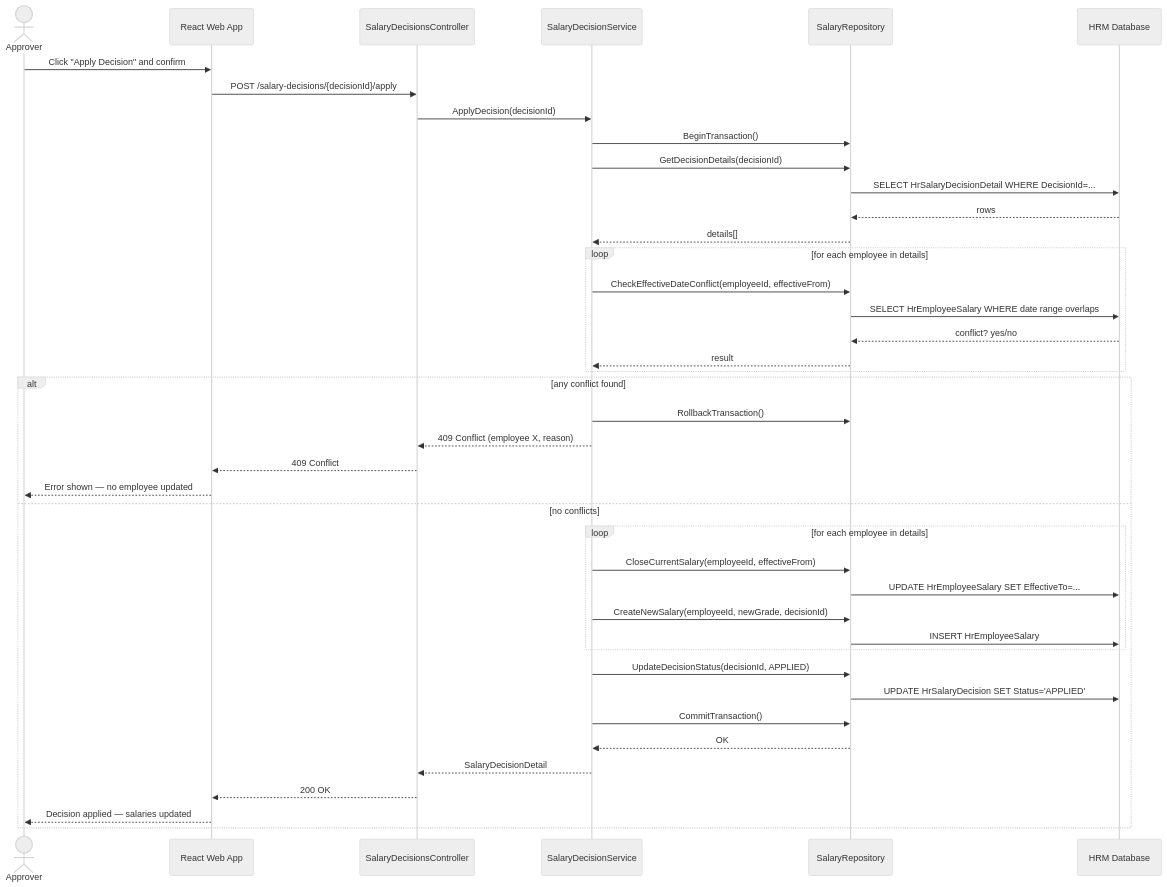
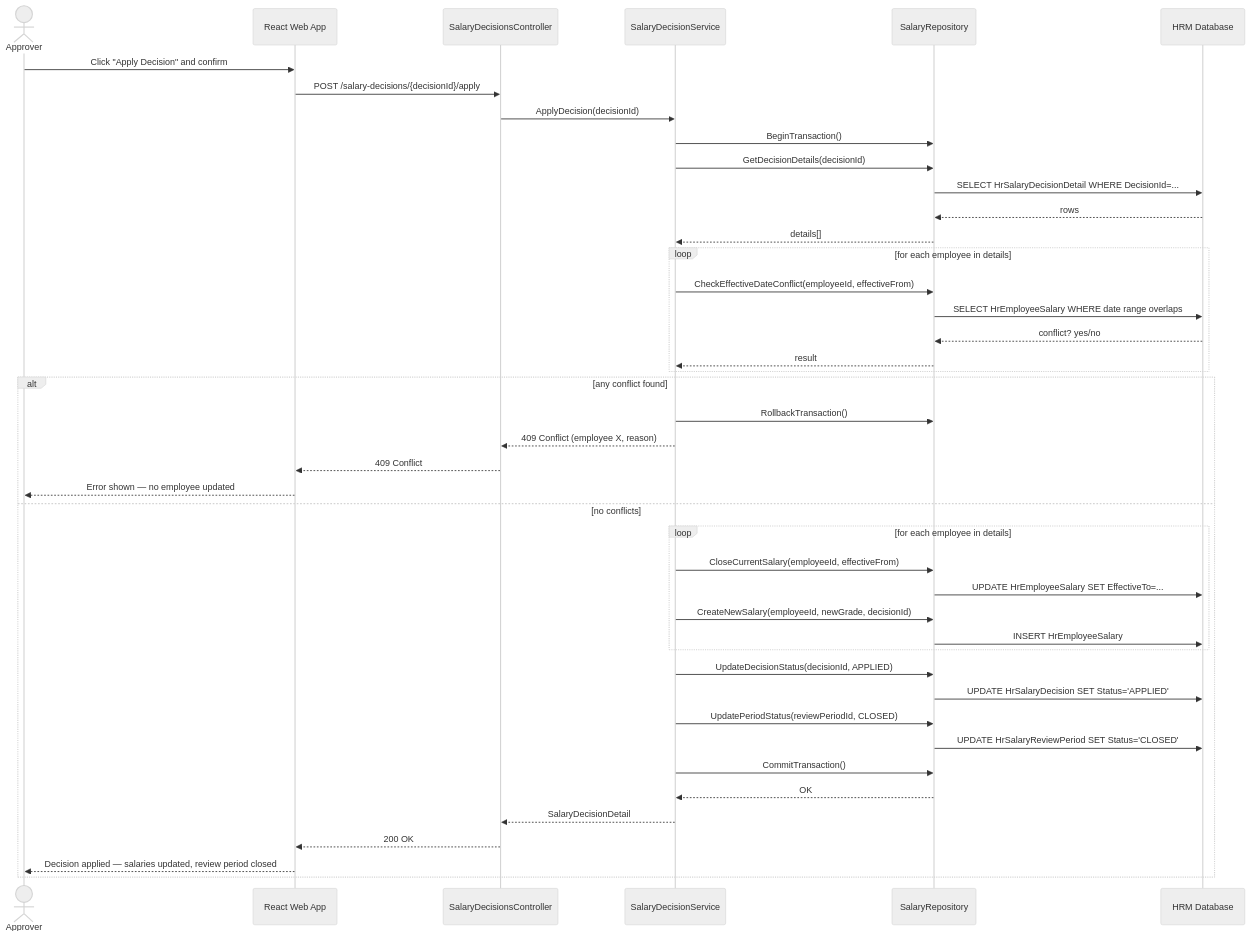
Before and after one commit to sang2197/QuanLyNhanSu-NguyenVanSang: the third of 7 diagrams in Docs/DetailedDesign/SequenceDiagrams.md, drawn with Mermaid (neutral theme). The commit also changed other lines of this file and 20 other files, not shown here.

````diff
--- a/Docs/DetailedDesign/SequenceDiagrams.md
+++ b/Docs/DetailedDesign/SequenceDiagrams.md
@@ -88,44 +88,46 @@
 ```mermaid
 sequenceDiagram
     actor APR as Approver
     participant FE as React Web App
     participant API as SalaryDecisionsController
     participant SVC as SalaryDecisionService
     participant REPO as SalaryRepository
     participant DB as HRM Database
 
     APR->>FE: Click "Apply Decision" and confirm
     FE->>API: POST /salary-decisions/{decisionId}/apply
     API->>SVC: ApplyDecision(decisionId)
     SVC->>REPO: BeginTransaction()
     SVC->>REPO: GetDecisionDetails(decisionId)
     REPO->>DB: SELECT HrSalaryDecisionDetail WHERE DecisionId=...
     DB-->>REPO: rows
     REPO-->>SVC: details[]
     loop for each employee in details
         SVC->>REPO: CheckEffectiveDateConflict(employeeId, effectiveFrom)
         REPO->>DB: SELECT HrEmployeeSalary WHERE date range overlaps
         DB-->>REPO: conflict? yes/no
         REPO-->>SVC: result
     end
     alt any conflict found
         SVC->>REPO: RollbackTransaction()
         SVC-->>API: 409 Conflict (employee X, reason)
         API-->>FE: 409 Conflict
         FE-->>APR: Error shown — no employee updated
     else no conflicts
         loop for each employee in details
             SVC->>REPO: CloseCurrentSalary(employeeId, effectiveFrom)
             REPO->>DB: UPDATE HrEmployeeSalary SET EffectiveTo=...
             SVC->>REPO: CreateNewSalary(employeeId, newGrade, decisionId)
             REPO->>DB: INSERT HrEmployeeSalary
         end
         SVC->>REPO: UpdateDecisionStatus(decisionId, APPLIED)
         REPO->>DB: UPDATE HrSalaryDecision SET Status='APPLIED'
+        SVC->>REPO: UpdatePeriodStatus(reviewPeriodId, CLOSED)
+        REPO->>DB: UPDATE HrSalaryReviewPeriod SET Status='CLOSED'
         SVC->>REPO: CommitTransaction()
         REPO-->>SVC: OK
         SVC-->>API: SalaryDecisionDetail
         API-->>FE: 200 OK
-        FE-->>APR: Decision applied — salaries updated
+        FE-->>APR: Decision applied — salaries updated, review period closed
     end
 ```
````
